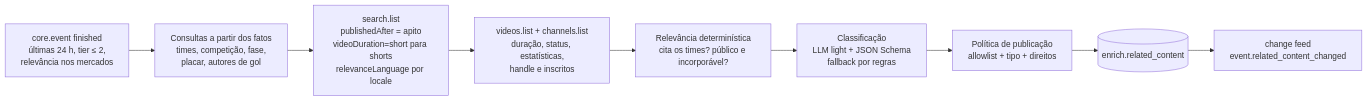
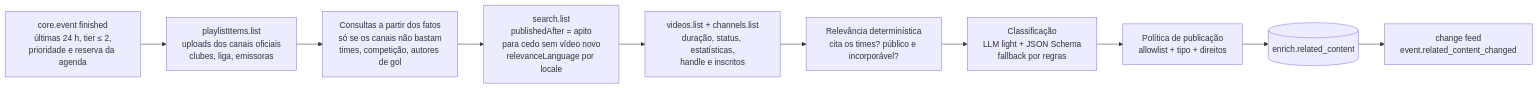
The diagram in docs/12-conteudo-relacionado.md (galaxie-works/galaxie-sports), drawn with Mermaid before and after one commit. The commit also changed other lines of this file and 38 other files, not shown here.

````diff
--- a/docs/12-conteudo-relacionado.md
+++ b/docs/12-conteudo-relacionado.md
@@ -85,11 +101,12 @@
 ```mermaid
 flowchart LR
-  C[core.event finished<br/>últimas 24 h, tier ≤ 2,<br/>relevância nos mercados] --> Q[Consultas a partir dos fatos<br/>times, competição, fase,<br/>placar, autores de gol]
-  Q --> S[search.list<br/>publishedAfter = apito<br/>videoDuration=short para shorts<br/>relevanceLanguage por locale]
+  C[core.event finished<br/>últimas 24 h, tier ≤ 2,<br/>prioridade e reserva da agenda] --> K[playlistItems.list<br/>uploads dos canais oficiais<br/>clubes, liga, emissoras]
+  K --> Q[Consultas a partir dos fatos<br/>só se os canais não bastam<br/>times, competição, autores de gol]
+  Q --> S[search.list<br/>publishedAfter = apito<br/>para cedo sem vídeo novo<br/>relevanceLanguage por locale]
   S --> V[videos.list + channels.list<br/>duração, status, estatísticas,<br/>handle e inscritos]
   V --> R[Relevância determinística<br/>cita os times? público e incorporável?]
   R --> L[Classificação<br/>LLM light + JSON Schema<br/>fallback por regras]
   L --> P[Política de publicação<br/>allowlist + tipo + direitos]
   P --> DB[(enrich.related_content)]
   DB --> CF[change feed<br/>event.related_content_changed]
 ```
````
